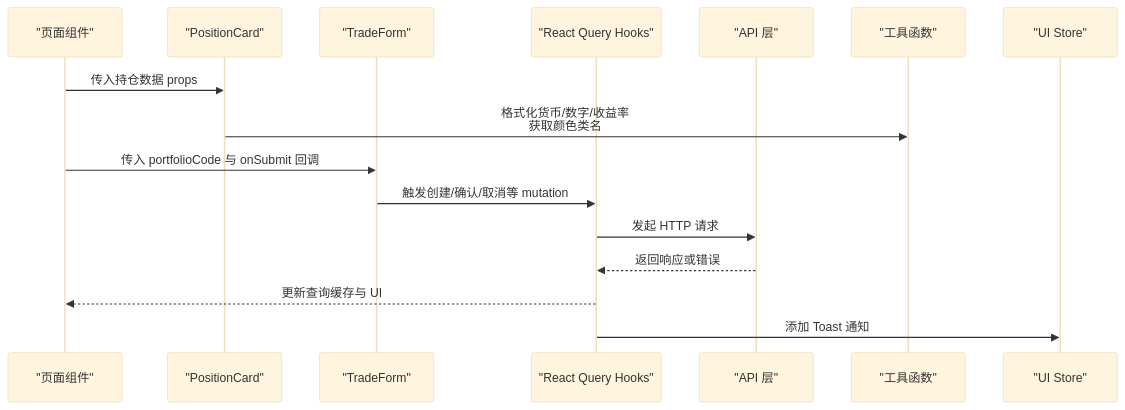
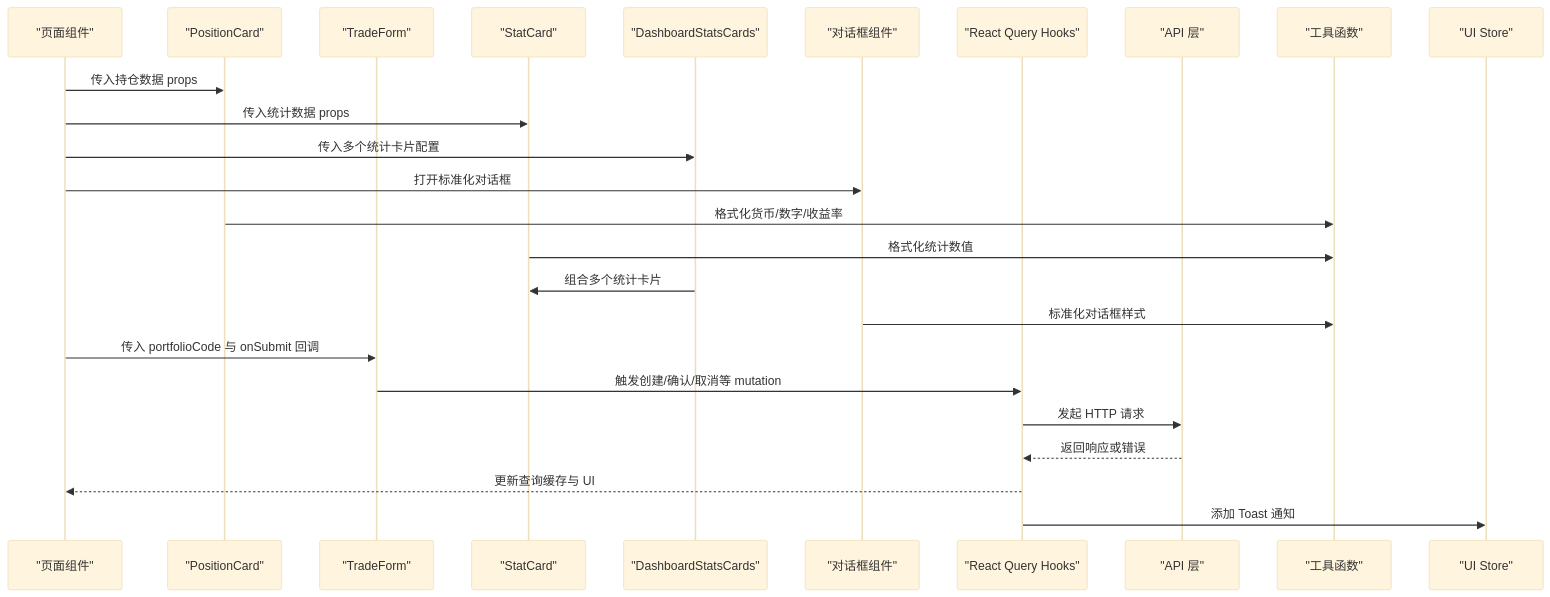
The second of 11 diagrams in .qoder/repowiki/zh/content/前端应用架构/组件系统架构/共享组件.md (gujialind/InvestRing), drawn with Mermaid (base theme) before and after one commit. The commit also changed other lines of this file and 39 other files, not shown here.

````diff
--- a/.qoder/repowiki/zh/content/前端应用架构/组件系统架构/共享组件.md
+++ b/.qoder/repowiki/zh/content/前端应用架构/组件系统架构/共享组件.md
@@ -103,18 +130,27 @@
 ```mermaid
 sequenceDiagram
 participant Page as "页面组件"
 participant PC as "PositionCard"
 participant TF as "TradeForm"
+participant SC as "StatCard"
+participant DSC as "DashboardStatsCards"
+participant Dialog as "对话框组件"
 participant Hooks as "React Query Hooks"
 participant API as "API 层"
 participant Utils as "工具函数"
 participant Store as "UI Store"
 Page->>PC : 传入持仓数据 props
-PC->>Utils : 格式化货币/数字/收益率<br/>获取颜色类名
+Page->>SC : 传入统计数据 props
+Page->>DSC : 传入多个统计卡片配置
+Page->>Dialog : 打开标准化对话框
+PC->>Utils : 格式化货币/数字/收益率
+SC->>Utils : 格式化统计数值
+DSC->>SC : 组合多个统计卡片
+Dialog->>Utils : 标准化对话框样式
 Page->>TF : 传入 portfolioCode 与 onSubmit 回调
 TF->>Hooks : 触发创建/确认/取消等 mutation
 Hooks->>API : 发起 HTTP 请求
 API-->>Hooks : 返回响应或错误
 Hooks-->>Page : 更新查询缓存与 UI
 Hooks->>Store : 添加 Toast 通知
 ```
````
